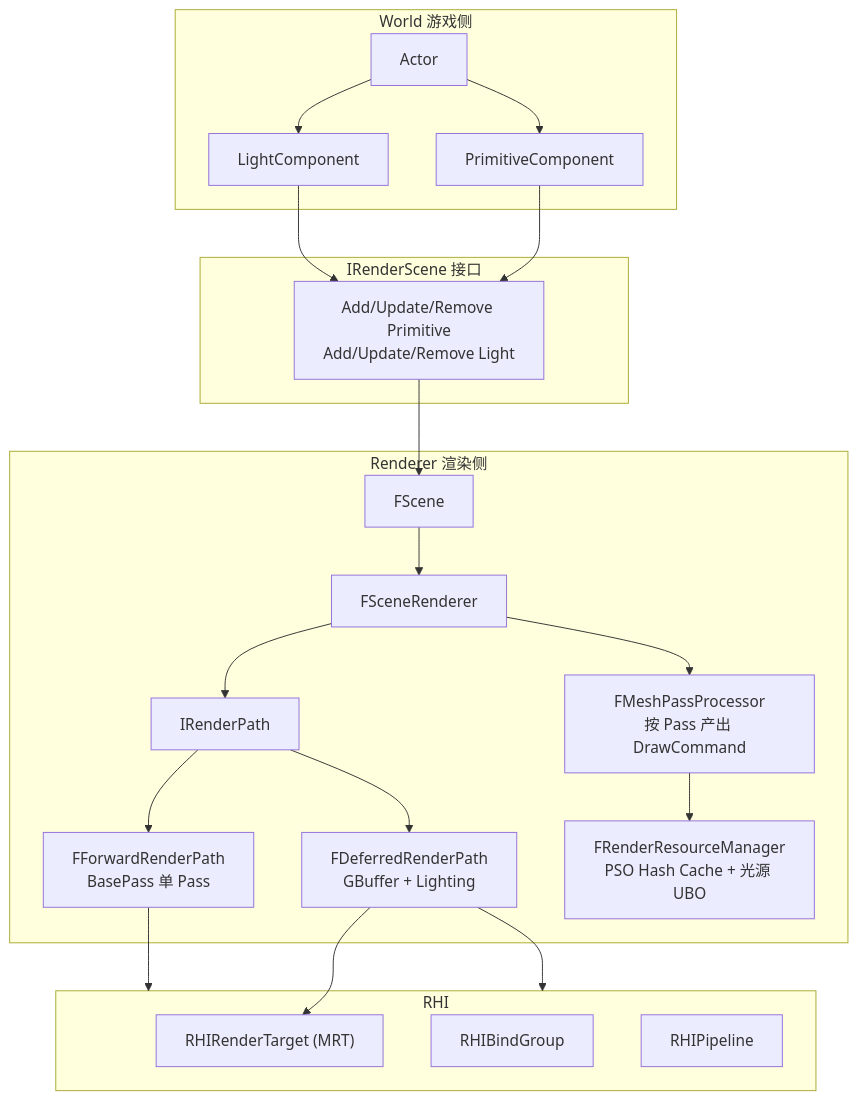
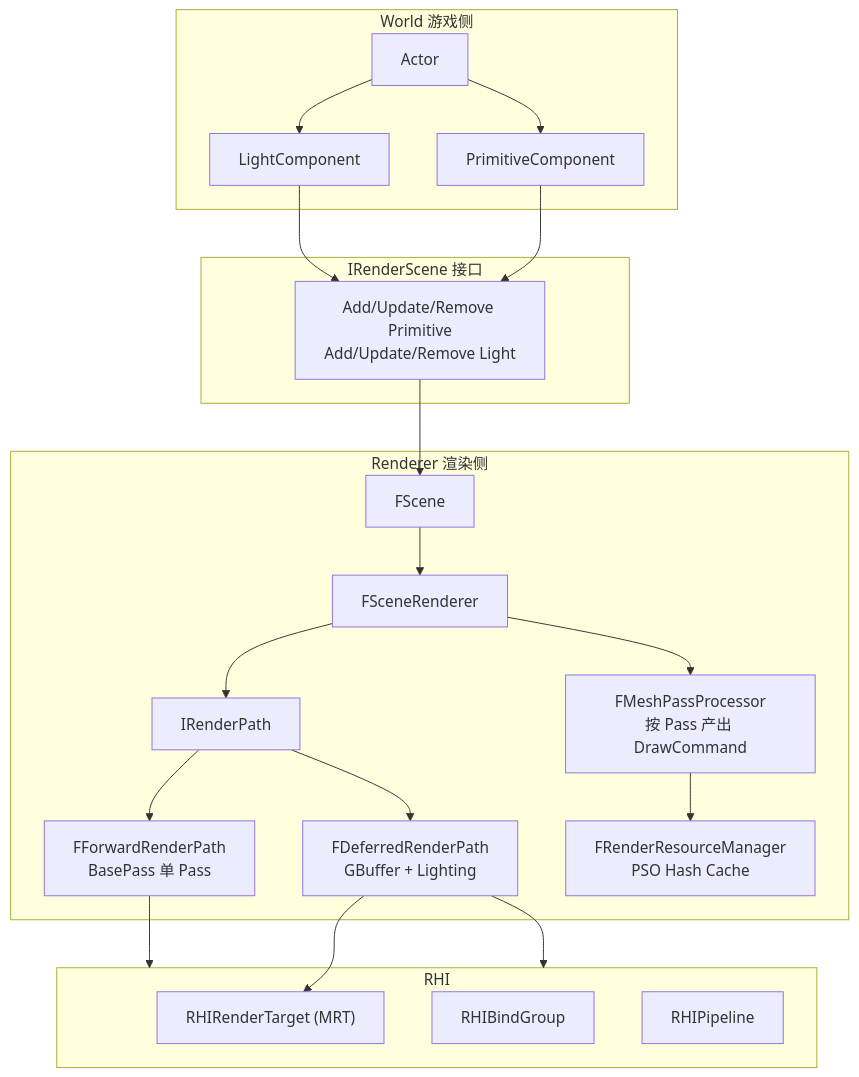
One commit to Vikcoo/ToyEngine changed the diagram in Docs/architecture/架构优化复盘-前向与延迟双渲染路径.md. Above: the diagram before and after it, drawn with Mermaid. The commit also changed other lines of this file and 20 other files, not shown here.

````diff
--- a/Docs/architecture/架构优化复盘-前向与延迟双渲染路径.md
+++ b/Docs/architecture/架构优化复盘-前向与延迟双渲染路径.md
@@ -212,36 +212,36 @@
 ```mermaid
 flowchart TB
     subgraph GameSide[World 游戏侧]
         Actor --> LightComp[LightComponent]
         Actor --> PrimComp[PrimitiveComponent]
     end
     subgraph IFace[IRenderScene 接口]
         IRS["Add/Update/Remove Primitive<br/>Add/Update/Remove Light"]
     end
     subgraph RenderSide[Renderer 渲染侧]
         FScene[FScene]
-        RRM["FRenderResourceManager<br/>PSO Hash Cache + 光源 UBO"]
+        RRM["FRenderResourceManager<br/>PSO Hash Cache"]
         MPP["FMeshPassProcessor<br/>按 Pass 产出 DrawCommand"]
         SR[FSceneRenderer]
         IRP[IRenderPath]
         FWD["FForwardRenderPath<br/>BasePass 单 Pass"]
         DEF["FDeferredRenderPath<br/>GBuffer + Lighting"]
     end
     subgraph RHILayer[RHI]
         RT["RHIRenderTarget (MRT)"]
         BG[RHIBindGroup]
         Pipe[RHIPipeline]
     end
     LightComp --> IRS
     PrimComp --> IRS
     IRS --> FScene
     FScene --> SR
     SR --> IRP
     IRP --> FWD
     IRP --> DEF
     SR --> MPP
     MPP --> RRM
     FWD --> RHILayer
     DEF --> RT
     DEF --> RHILayer
 ```
````
